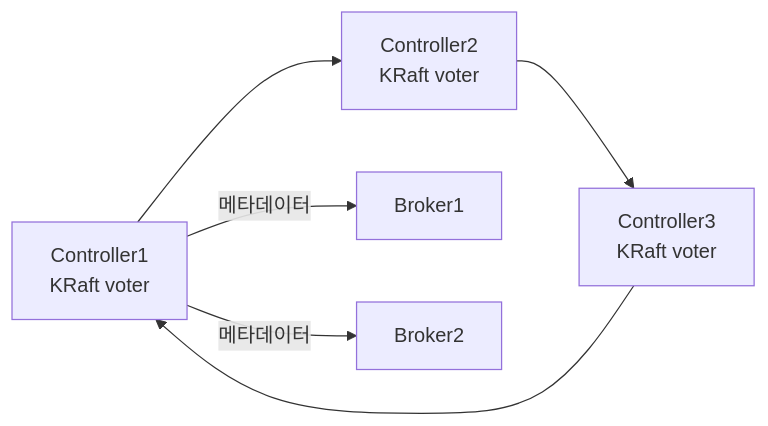
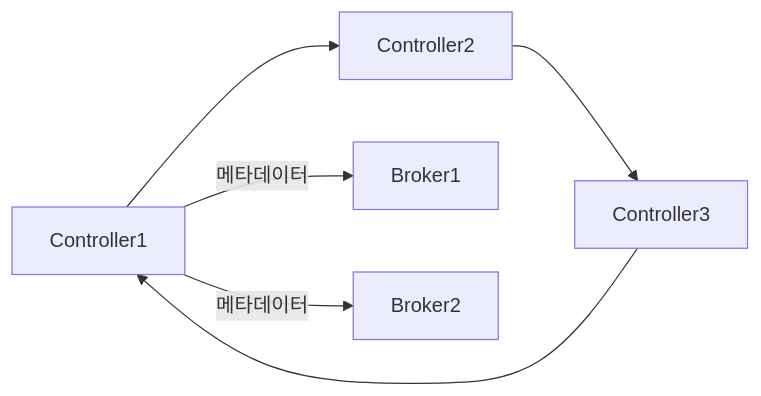
Before and after one commit to yjkim2015/yjkim2015.github.io: the fifth of 5 diagrams in _posts/kafka/2026-05-01-kafka-replication.md, drawn with Mermaid. The commit also changed other lines of this file and 245 other files, not shown here.

First line of the commit message:
Mermaid 다이어그램 전면 수정 + 면접 포인트 접기/펼치기 + DB 데드락 페이지

````diff
--- a/_posts/kafka/2026-05-01-kafka-replication.md
+++ b/_posts/kafka/2026-05-01-kafka-replication.md
@@ -705,8 +705,8 @@
 ```mermaid
 graph LR
-    C1["Controller1\nKRaft voter"] --> C2["Controller2\nKRaft voter"]
-    C2 --> C3["Controller3\nKRaft voter"]
+    C1["Controller1"] --> C2["Controller2"]
+    C2 --> C3["Controller3"]
     C3 --> C1
     C1 -->|메타데이터| B1["Broker1"]
     C1 -->|메타데이터| B2["Broker2"]
 ```
````
